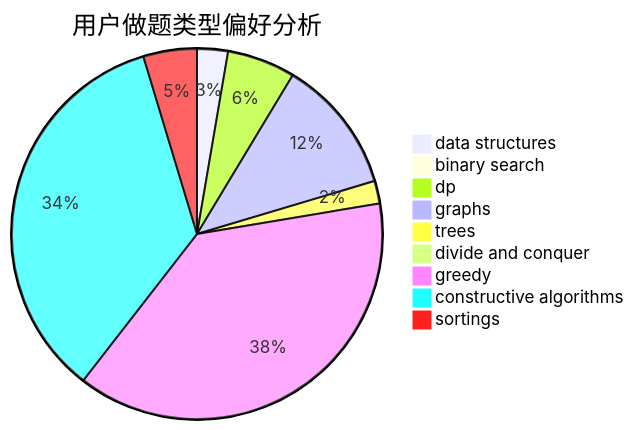
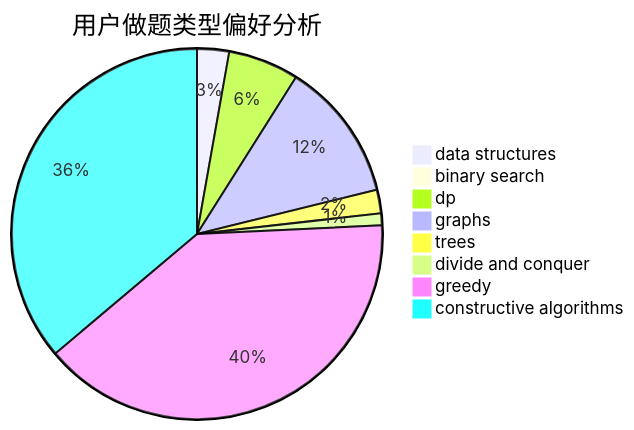
One commit to sherpahu/cfrs.github.io changed the second of 3 diagrams in docs/user/u817.md. Above: the diagram before and after it, drawn with Mermaid. The commit also changed other lines of this file and 2769 other files, not shown here.

````diff
--- a/docs/user/u817.md
+++ b/docs/user/u817.md
@@ -18,12 +18,11 @@
 ```mermaid
 pie title 用户做题类型偏好分析
     "data structures" :  38
     "binary search" :  1
     "dp" :  84
     "graphs" :  166
     "trees" :  28
     "divide and conquer" :  14
     "greedy" :  539
     "constructive algorithms" :  492
-    "sortings" :  66
 ```
````
